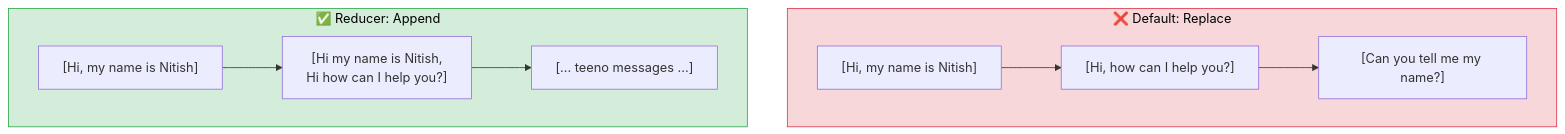
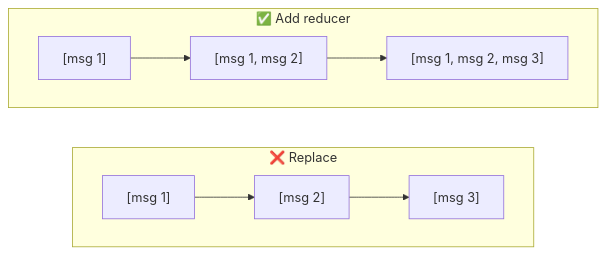
Before and after one commit to pallav2712/langGraph-campusx-notes: diagram 14 of 18 in V04-LangGraph core concepts/README.md, drawn with Mermaid. The commit also changed other lines of this file, not shown here.

Commit message:
v04 langGraph core concepts updated graphs and notes balanced

````diff
--- a/V04-LangGraph core concepts/README.md
+++ b/V04-LangGraph core concepts/README.md
@@ -462,13 +441,11 @@
 ```mermaid
-flowchart TD
-    subgraph BAD["❌ Default: Replace"]
+flowchart LR
+    subgraph BAD["❌ Replace"]
         direction LR
-        b1["[Hi, my name is Nitish]"] --> b2["[Hi, how can I help you?]"] --> b3["[Can you tell me my name?]"]
+        b1["[msg 1]"] --> b2["[msg 2]"] --> b3["[msg 3]"]
     end
-    subgraph GOOD["✅ Reducer: Append"]
+    subgraph GOOD["✅ Add reducer"]
         direction LR
-        g1["[Hi, my name is Nitish]"] --> g2["[Hi my name is Nitish,<br/>Hi how can I help you?]"] --> g3["[... teeno messages ...]"]
+        g1["[msg 1]"] --> g2["[msg 1, msg 2]"] --> g3["[msg 1, msg 2, msg 3]"]
     end
-    style BAD fill:#f8d7da,stroke:#dc3545,color:#000
-    style GOOD fill:#d4edda,stroke:#28a745,color:#000
 ```
````
